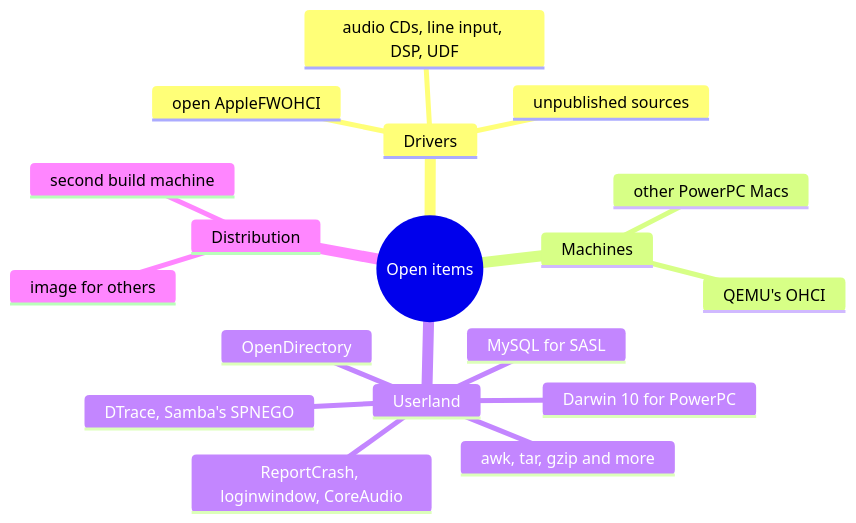
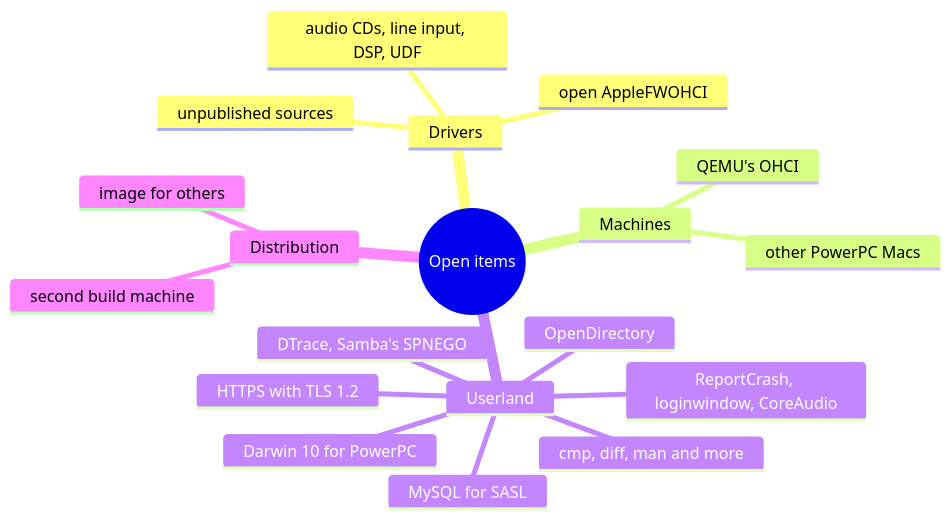
One commit to nyg/PowerDarwin changed the diagram in docs/src/steps/whats-next.md. Above: the diagram before and after it, drawn with Mermaid. The commit also changed other lines of this file and 15 other files, not shown here.

Commit message:
feat: build awk, tar, gzip, file, lsof, top and curl and put them on the image (#18)

````diff
--- a/docs/src/steps/whats-next.md
+++ b/docs/src/steps/whats-next.md
@@ -92,21 +93,22 @@
 ```mermaid
 mindmap
   root((Open items))
     Drivers
       open AppleFWOHCI
       audio CDs, line input, DSP, UDF
       unpublished sources
     Machines
       other PowerPC Macs
       QEMU's OHCI
     Userland
       OpenDirectory
       ReportCrash, loginwindow, CoreAudio
       MySQL for SASL
-      awk, tar, gzip and more
+      cmp, diff, man and more
+      HTTPS with TLS 1.2
       DTrace, Samba's SPNEGO
       Darwin 10 for PowerPC
     Distribution
       image for others
       second build machine
 ```
````
